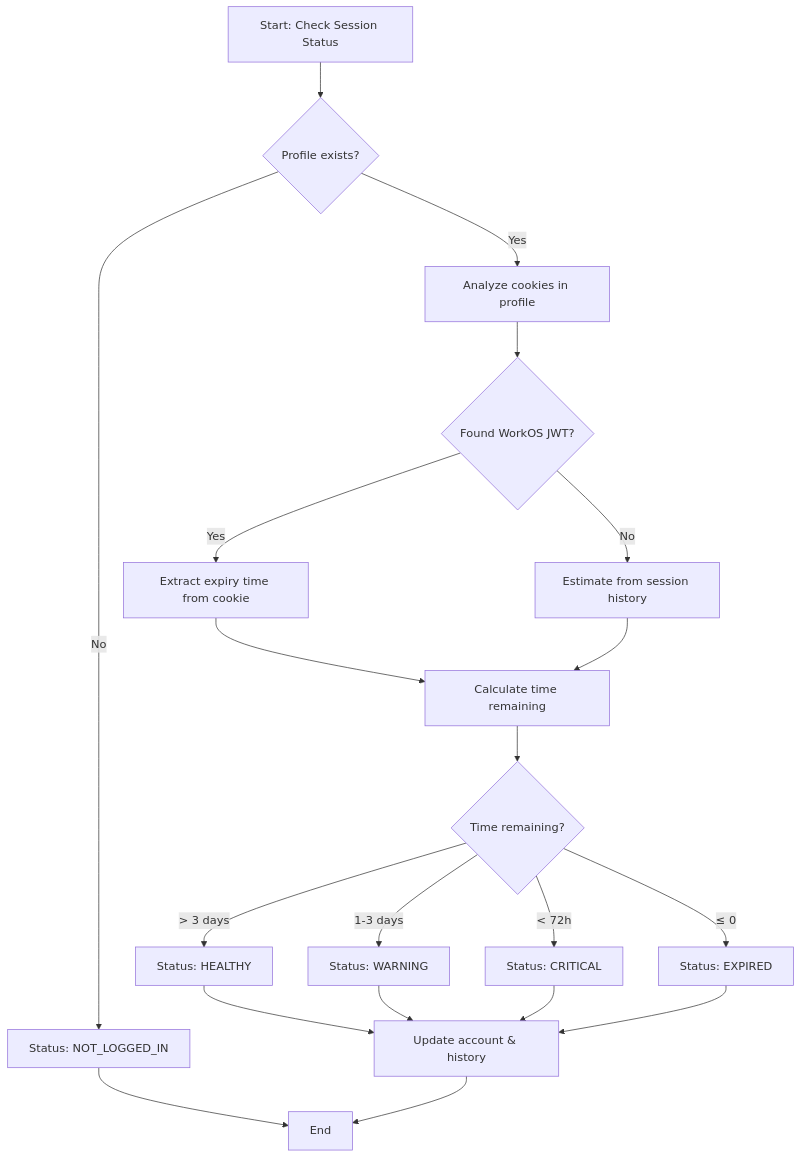
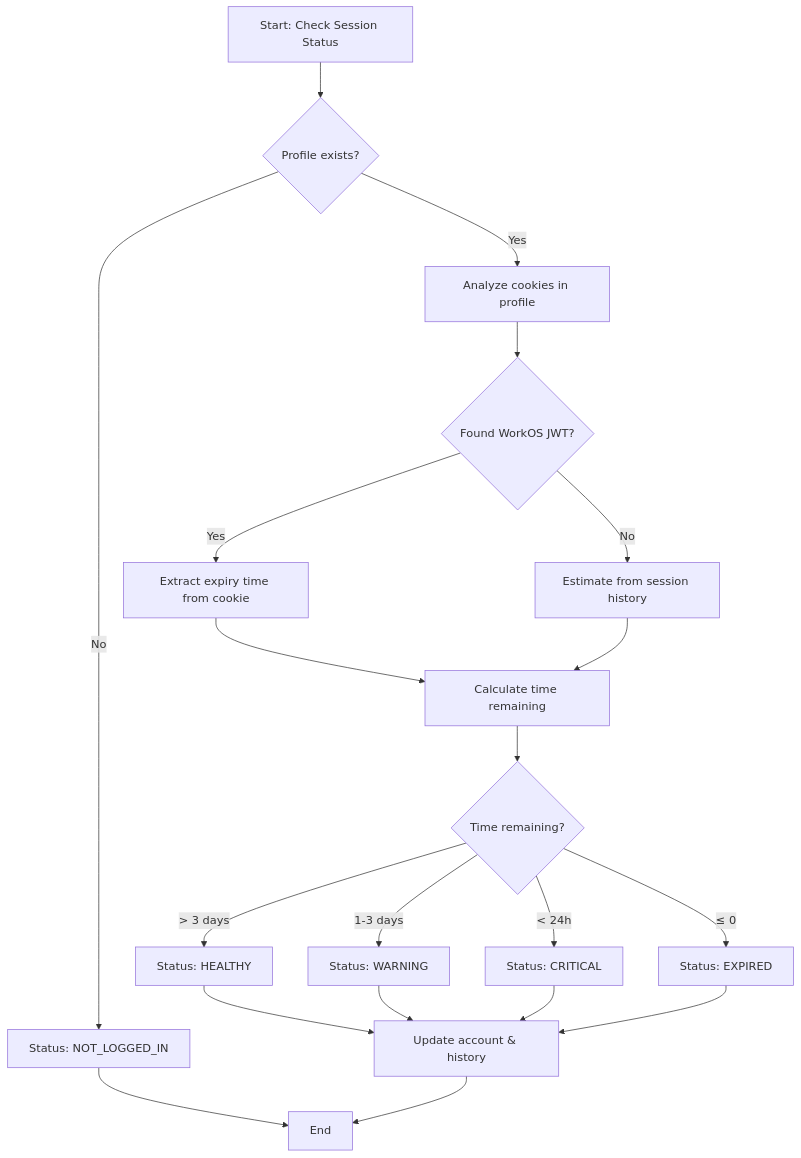
One commit to 38618217Duy/Usage-Management changed the first of 2 diagrams in docs/features/session-expiry-tracking/FRD-session-expiry-tracking.md. Above: the diagram before and after it, drawn with Mermaid. The commit also changed other lines of this file, not shown here.

Commit message:
update md

````diff
--- a/docs/features/session-expiry-tracking/FRD-session-expiry-tracking.md
+++ b/docs/features/session-expiry-tracking/FRD-session-expiry-tracking.md
@@ -119,22 +119,22 @@
 ```mermaid
 flowchart TD
     A[Start: Check Session Status] --> B{Profile exists?}
     B -->|No| C[Status: NOT_LOGGED_IN]
     B -->|Yes| D[Analyze cookies in profile]
     D --> E{Found WorkOS JWT?}
     E -->|Yes| F[Extract expiry time from cookie]
     E -->|No| G[Estimate from session history]
     F --> H[Calculate time remaining]
     G --> H
     H --> I{Time remaining?}
     I -->|> 3 days| J[Status: HEALTHY]
     I -->|1-3 days| K[Status: WARNING]
-    I -->|< 72h| L[Status: CRITICAL]
+    I -->|< 24h| L[Status: CRITICAL]
     I -->|≤ 0| M[Status: EXPIRED]
     J --> N[Update account & history]
     K --> N
     L --> N
     M --> N
     C --> O[End]
     N --> O
 ```
````
